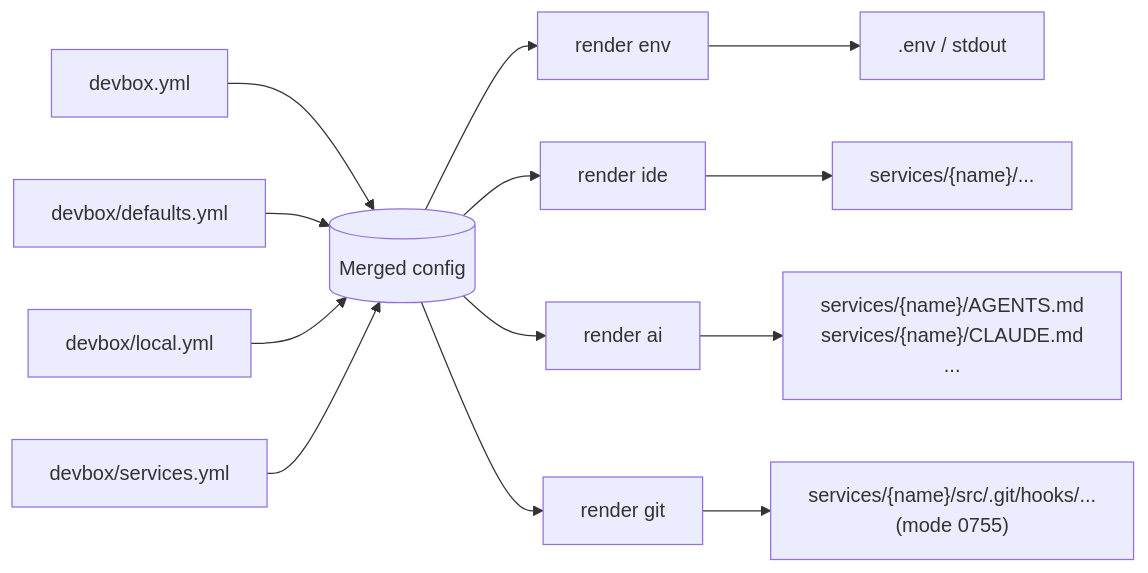
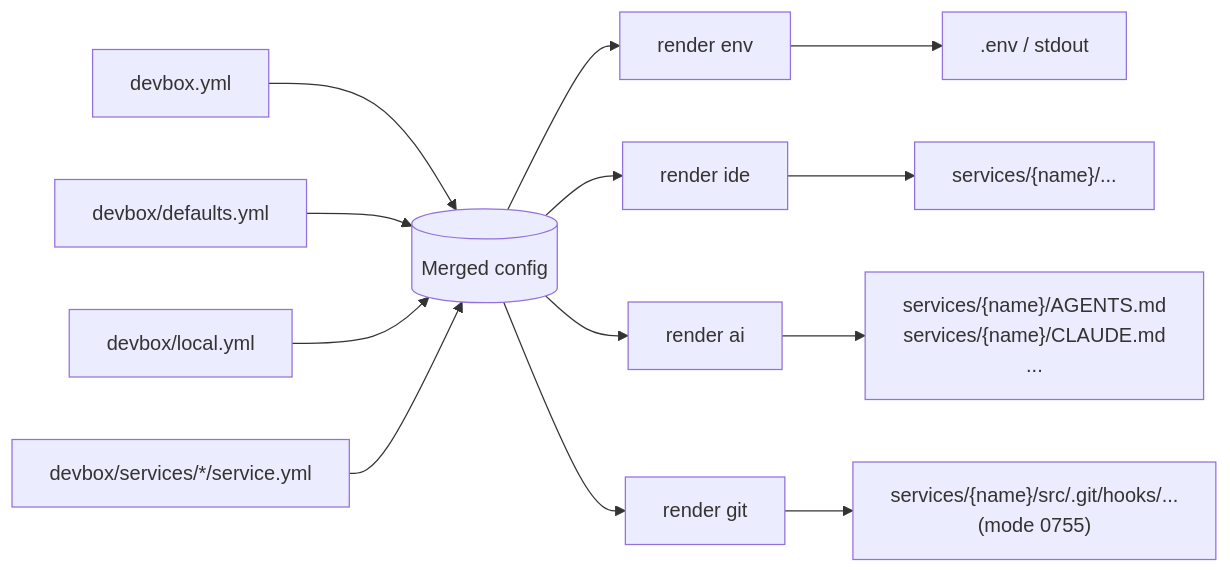
Before and after one commit to semsemyonoff/dwe: the diagram in internal/docs/embedded/reference/render/index.md, drawn with Mermaid. The commit also changed other lines of this file and 57 other files, not shown here.

````diff
--- a/internal/docs/embedded/reference/render/index.md
+++ b/internal/docs/embedded/reference/render/index.md
@@ -26,18 +26,18 @@
 ```mermaid
 flowchart LR
   L1[devbox.yml] --> M
   L2[devbox/defaults.yml] --> M
   L3[devbox/local.yml] --> M
-  S[devbox/services.yml] --> M
+  S["devbox/services/*/service.yml"] --> M
   M[("Merged config")]
 
   M --> E[render env]
   M --> I[render ide]
   M --> A[render ai]
   M --> G[render git]
 
   E --> EOUT[".env / stdout"]
   I --> IOUT["services/{name}/..."]
   A --> AOUT["services/{name}/AGENTS.md<br/>services/{name}/CLAUDE.md<br/>..."]
   G --> GOUT["services/{name}/src/.git/hooks/...<br/>(mode 0755)"]
 ```
````
